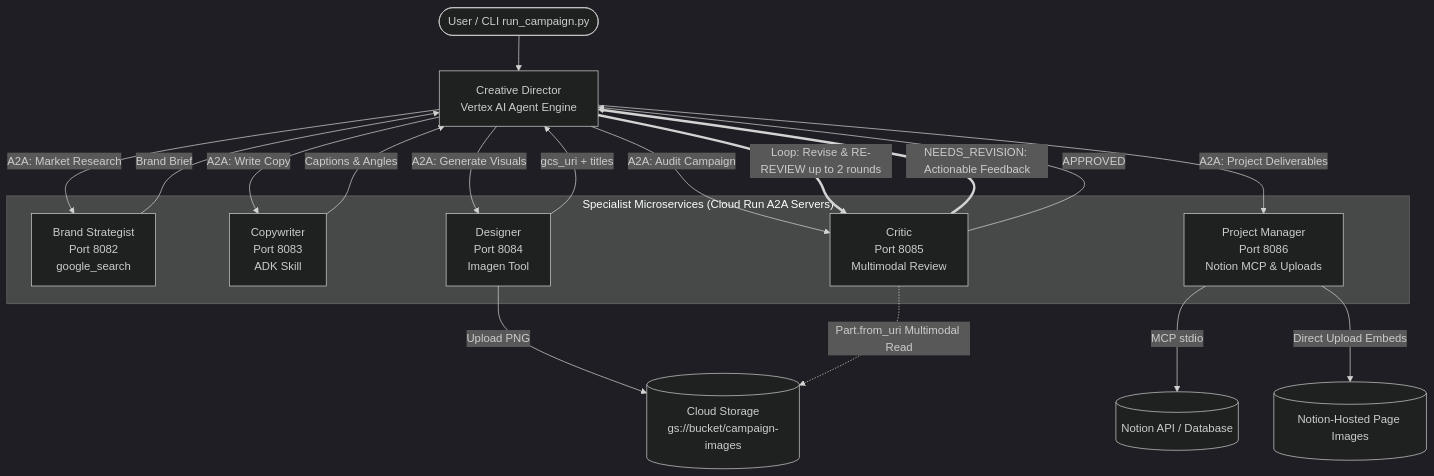
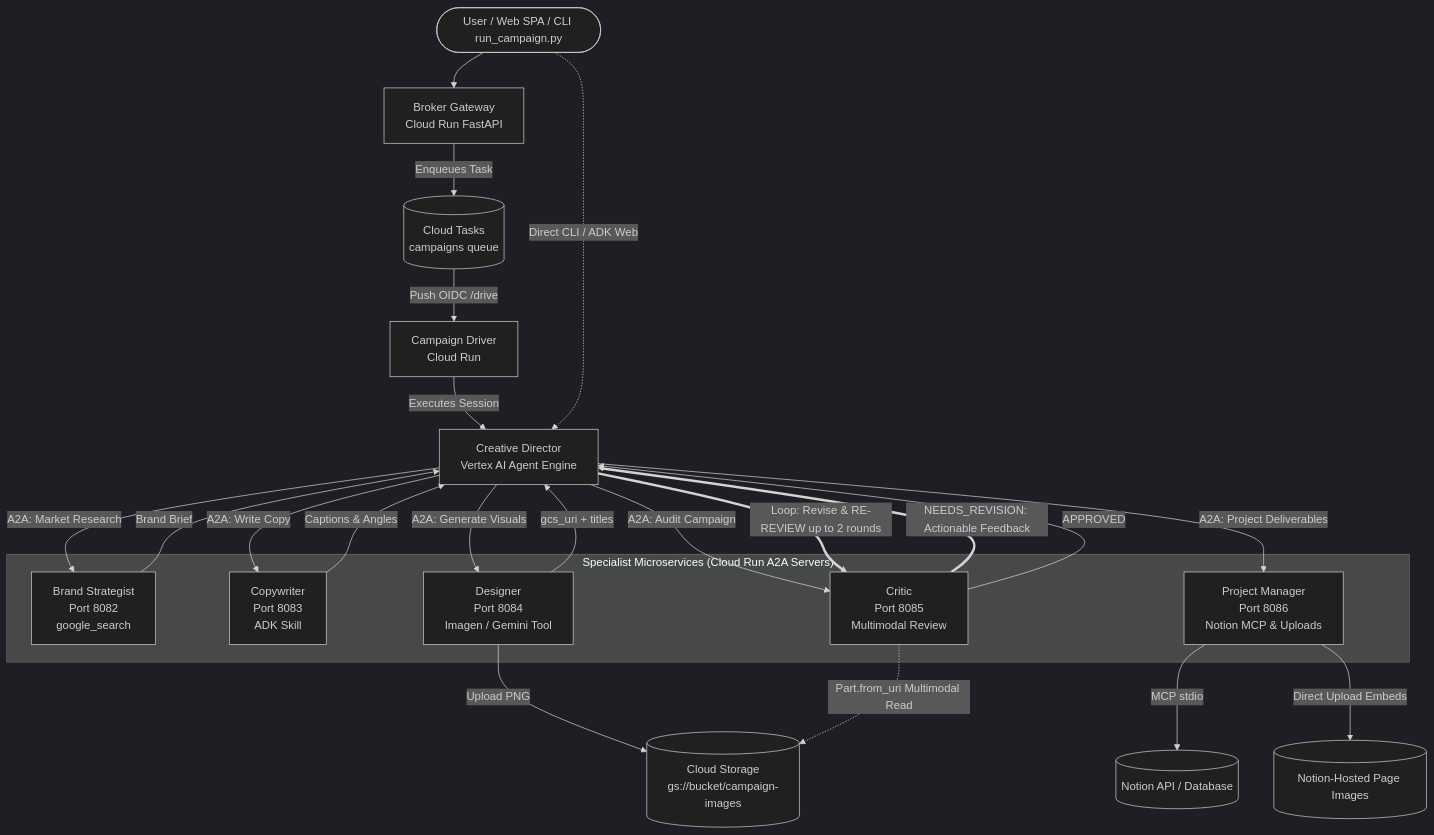
The diagram in README.md (aaditva-ai/aaditva-agents), drawn with Mermaid (dark theme) before and after one commit. The commit also changed other lines of this file and 3 other files, not shown here.

````diff
--- a/README.md
+++ b/README.md
@@ -41,30 +51,35 @@
 ```mermaid
 graph TD
-    User([User / CLI run_campaign.py]) --> CD[Creative Director<br/>Vertex AI Agent Engine]
+    User([User / Web SPA / CLI run_campaign.py]) --> Broker[Broker Gateway<br/>Cloud Run FastAPI]
+    Broker -->|Enqueues Task| Queue[(Cloud Tasks<br/>campaigns queue)]
+    Queue -->|Push OIDC /drive| CDriver[Campaign Driver<br/>Cloud Run]
+    CDriver -->|Executes Session| CD[Creative Director<br/>Vertex AI Agent Engine]
+    
+    User -.->|Direct CLI / ADK Web| CD
     
     subgraph "Specialist Microservices (Cloud Run A2A Servers)"
         BS[Brand Strategist<br/>Port 8082<br/>google_search]
         CW[Copywriter<br/>Port 8083<br/>ADK Skill]
-        DE[Designer<br/>Port 8084<br/>Imagen Tool]
+        DE[Designer<br/>Port 8084<br/>Imagen / Gemini Tool]
         CR[Critic<br/>Port 8085<br/>Multimodal Review]
         PM[Project Manager<br/>Port 8086<br/>Notion MCP & Uploads]
     end
 
     CD -->|A2A: Market Research| BS
     BS -->|Brand Brief| CD
     CD -->|A2A: Write Copy| CW
     CW -->|Captions & Angles| CD
     CD -->|A2A: Generate Visuals| DE
     DE -->|Upload PNG| GCS[(Cloud Storage<br/>gs://bucket/campaign-images)]
     DE -->|gcs_uri + titles| CD
     
     CD -->|A2A: Audit Campaign| CR
     CR -.->|Part.from_uri Multimodal Read| GCS
     CR ==>|NEEDS_REVISION: Actionable Feedback| CD
     CD ==>|Loop: Revise & RE-REVIEW up to 2 rounds| CR
     
     CR -->|APPROVED| CD
     CD -->|A2A: Project Deliverables| PM
     PM -->|MCP stdio| Notion[(Notion API / Database)]
     PM -->|Direct Upload Embeds| NI[(Notion-Hosted Page Images)]
 ```
````
